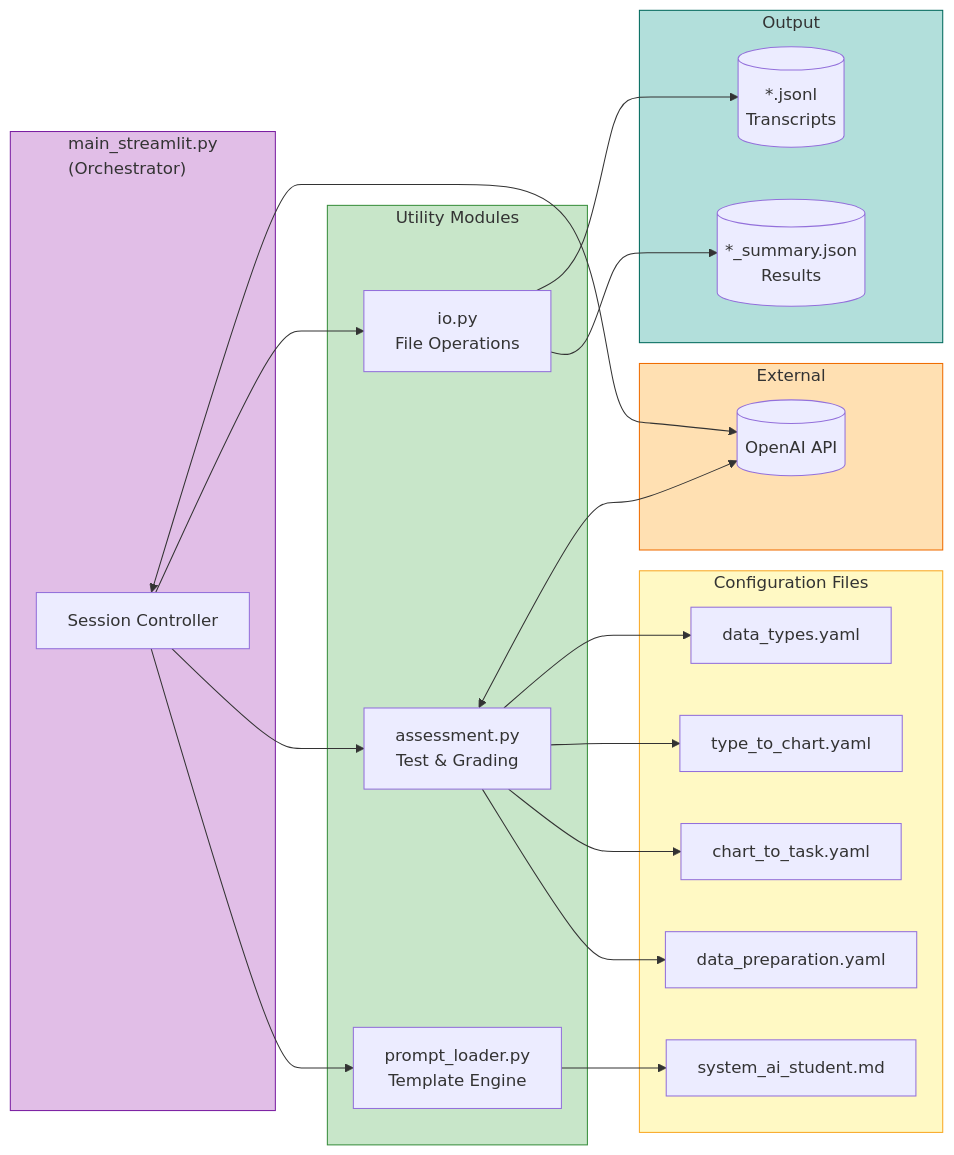
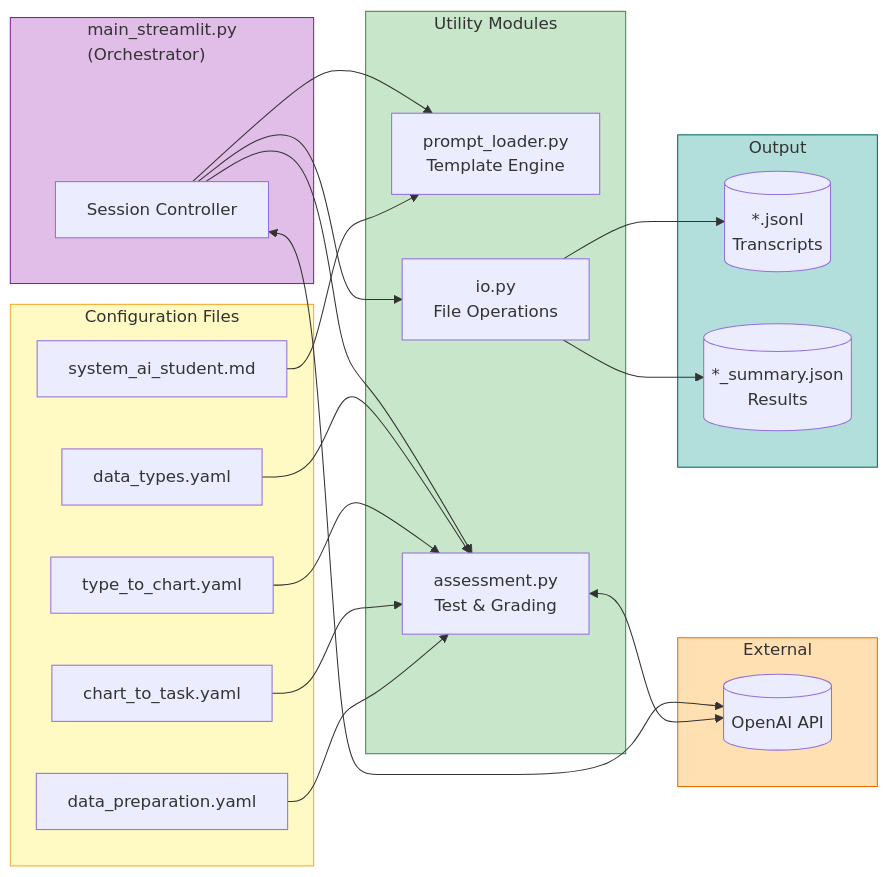
The fourth of 4 diagrams in ARCHITECTURE.md (alexistats/ai_tutee_edtech_project), drawn with Mermaid before and after one commit.

Commit message:
Fix arrow directions in component diagram (Figure 5)
Config files are data sources that feed into utility modules,
not outputs. Reversed arrows so YAML configs point to assessment.py
and MD template points to prompt_loader.py.

````diff
--- a/ARCHITECTURE.md
+++ b/ARCHITECTURE.md
@@ -164,52 +164,52 @@
 ```mermaid
 flowchart LR
     subgraph Orchestrator["main_streamlit.py<br/>(Orchestrator)"]
         ORCH["Session Controller"]
     end
 
     subgraph Utilities["Utility Modules"]
         PROMPT["prompt_loader.py<br/>Template Engine"]
         ASSESS["assessment.py<br/>Test & Grading"]
         IO["io.py<br/>File Operations"]
     end
 
     subgraph Configs["Configuration Files"]
         YAML1["data_types.yaml"]
         YAML2["type_to_chart.yaml"]
         YAML3["chart_to_task.yaml"]
         YAML4["data_preparation.yaml"]
         MD["system_ai_student.md"]
     end
 
     subgraph External["External"]
         API[("OpenAI API")]
     end
 
     subgraph Output["Output"]
         JSONL[("*.jsonl<br/>Transcripts")]
         JSON[("*_summary.json<br/>Results")]
     end
 
     %% Dependencies
     ORCH --> PROMPT
     ORCH --> ASSESS
     ORCH --> IO
 
-    PROMPT --> MD
-    ASSESS --> YAML1
-    ASSESS --> YAML2
-    ASSESS --> YAML3
-    ASSESS --> YAML4
+    MD --> PROMPT
+    YAML1 --> ASSESS
+    YAML2 --> ASSESS
+    YAML3 --> ASSESS
+    YAML4 --> ASSESS
 
     ORCH <--> API
     ASSESS <--> API
 
     IO --> JSONL
     IO --> JSON
 
     style Orchestrator fill:#e1bee7,stroke:#7b1fa2
     style Utilities fill:#c8e6c9,stroke:#388e3c
     style Configs fill:#fff9c4,stroke:#f9a825
     style External fill:#ffe0b2,stroke:#ef6c00
     style Output fill:#b2dfdb,stroke:#00695c
 ```
````
